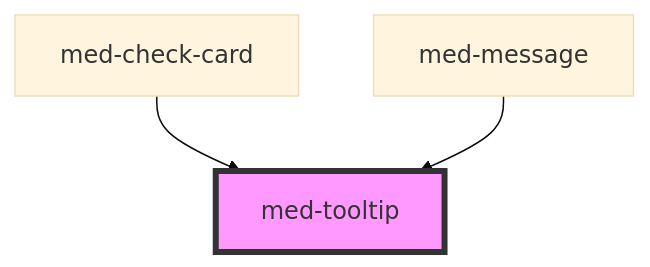
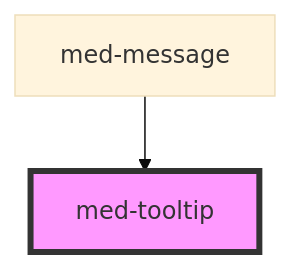
Before and after one commit to MEDGRUPOGIT/ionic-framework-1: the diagram in core/src/components/@medgrupo/global/med-tooltip/readme.md, drawn with Mermaid (base theme). The commit also changed other lines of this file and 57 other files, not shown here.

````diff
--- a/core/src/components/@medgrupo/global/med-tooltip/readme.md
+++ b/core/src/components/@medgrupo/global/med-tooltip/readme.md
@@ -50,6 +49,5 @@
 ```mermaid
 graph TD;
-  med-check-card --> med-tooltip
   med-message --> med-tooltip
   style med-tooltip fill:#f9f,stroke:#333,stroke-width:4px
 ```
````
